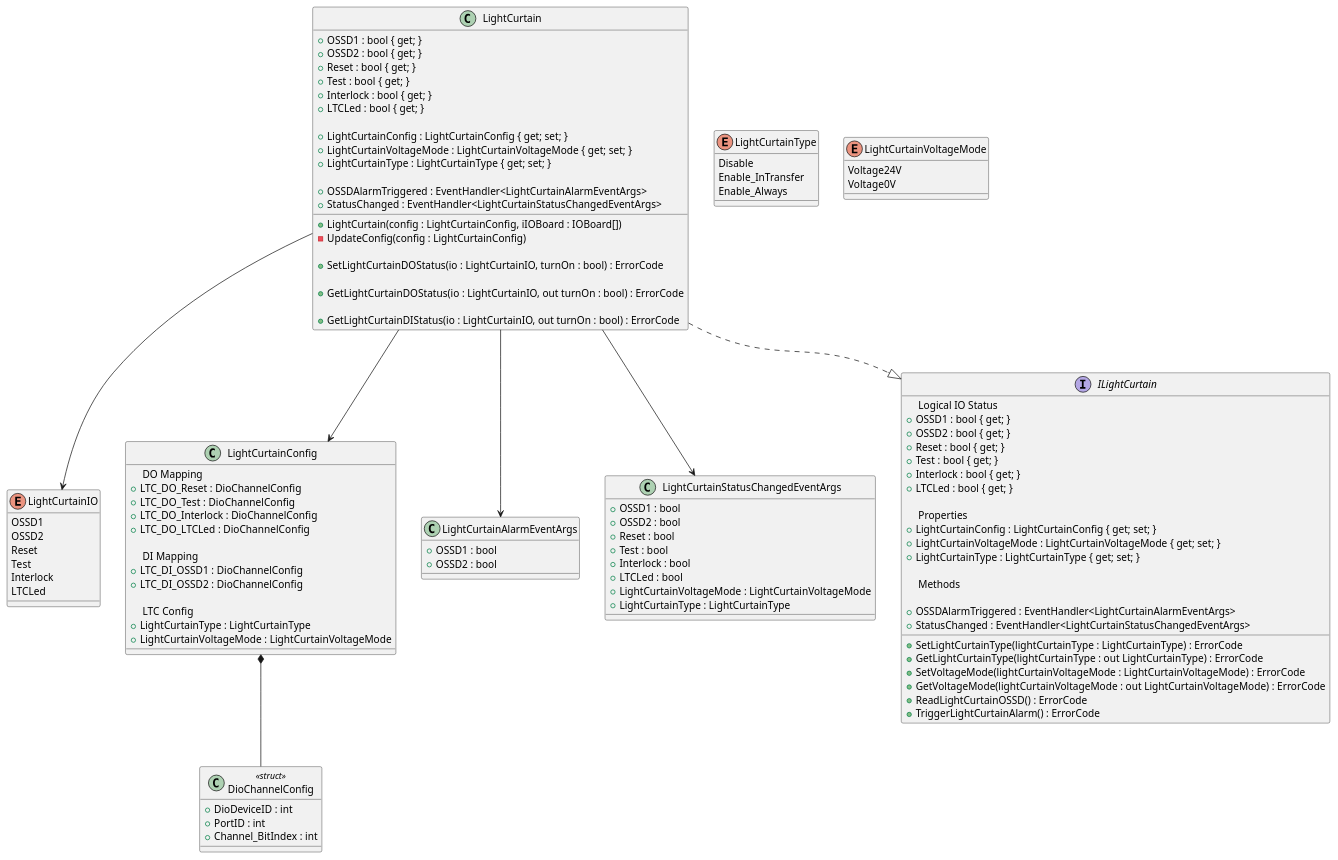
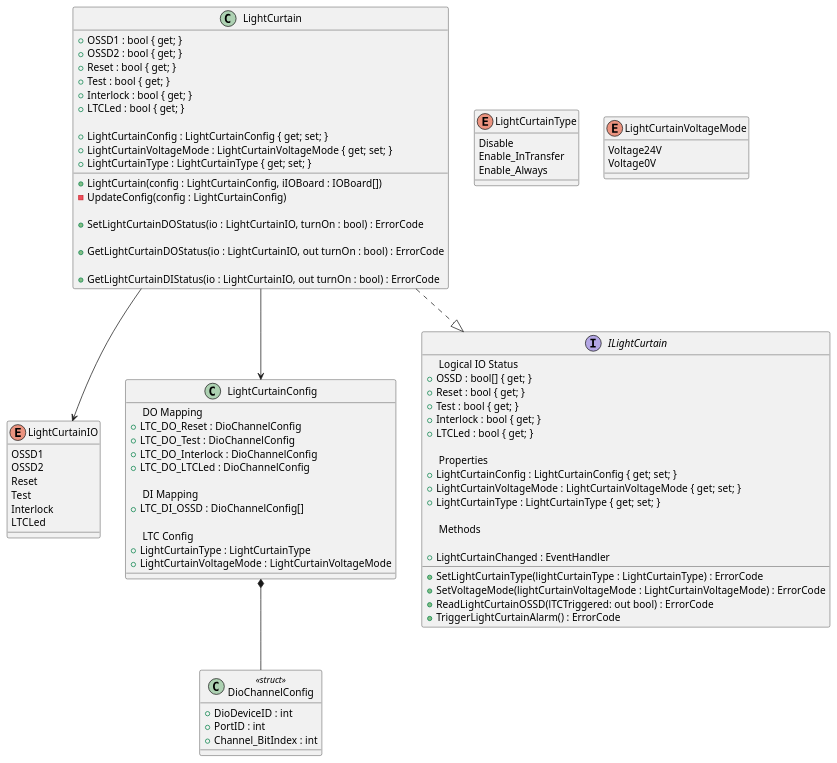
Before and after one commit to picasso7777/tdk_main3: the diagram in referenceData/LightCurtain_PlantUML.wsd, drawn with PlantUML. The commit also changed 7 other files, not shown here.

First line of the commit message:
feat(light-curtain): refactor OSSD handling to use array for digital input mappings

```diff
--- a/referenceData/LightCurtain_PlantUML.wsd
+++ b/referenceData/LightCurtain_PlantUML.wsd
@@ -1,182 +1,150 @@
 @startuml
 
 ' =========================
 ' Enum: LightCurtainIO
 ' =========================
 enum LightCurtainIO {
     OSSD1
     OSSD2
     Reset
     Test
     Interlock
     LTCLed
 }
 
 ' =========================
 ' Enum: LightCurtainType
 ' =========================
 enum LightCurtainType {
     Disable
     Enable_InTransfer
     Enable_Always
 }
 
 ' =========================
 ' Enum: LightCurtainVoltageMode
 ' =========================
 enum LightCurtainVoltageMode {
     Voltage24V
     Voltage0V
 }
 
 ' =========================
 ' Struct: DioChannelConfig
 ' =========================
 class DioChannelConfig <<struct>> {
     + DioDeviceID : int
     + PortID : int
     + Channel_BitIndex : int
 }
 
 ' =========================
 ' Class: LightCurtainConfig
 ' =========================
 class LightCurtainConfig {
 
     == DO Mapping ==
     + LTC_DO_Reset : DioChannelConfig
     + LTC_DO_Test : DioChannelConfig
     + LTC_DO_Interlock : DioChannelConfig
     + LTC_DO_LTCLed : DioChannelConfig
 
     == DI Mapping ==
-    + LTC_DI_OSSD1 : DioChannelConfig
-    + LTC_DI_OSSD2 : DioChannelConfig
+    + LTC_DI_OSSD : DioChannelConfig[]
 
     == LTC Config ==
     + LightCurtainType : LightCurtainType
     + LightCurtainVoltageMode : LightCurtainVoltageMode
-}
-
-' =========================
-' Class: LightCurtainAlarmEventArgs
-' =========================
-class LightCurtainAlarmEventArgs {
-    + OSSD1 : bool
-    + OSSD2 : bool
-}
-
-' =========================
-' Class: LightCurtainStatusChangedEventArgs
-' =========================
-class LightCurtainStatusChangedEventArgs {
-    + OSSD1 : bool
-    + OSSD2 : bool
-    + Reset : bool
-    + Test : bool
-    + Interlock : bool
-    + LTCLed : bool
-    + LightCurtainVoltageMode : LightCurtainVoltageMode
-    + LightCurtainType : LightCurtainType
 }
 
 ' =========================
 ' Interface: ILightCurtain
 ' =========================
 interface ILightCurtain{
 
     == Logical IO Status ==
-    + OSSD1 : bool { get; }
-    + OSSD2 : bool { get; }
+    + OSSD : bool[] { get; }
     + Reset : bool { get; }
     + Test : bool { get; }
     + Interlock : bool { get; }
     + LTCLed : bool { get; }
 
     == Properties ==
     + LightCurtainConfig : LightCurtainConfig { get; set; }
     + LightCurtainVoltageMode : LightCurtainVoltageMode { get; set; }
     + LightCurtainType : LightCurtainType { get; set; }
 
     == Methods ==
     + SetLightCurtainType(lightCurtainType : LightCurtainType) : ErrorCode
-    + GetLightCurtainType(lightCurtainType : out LightCurtainType) : ErrorCode
     + SetVoltageMode(lightCurtainVoltageMode : LightCurtainVoltageMode) : ErrorCode
-    + GetVoltageMode(lightCurtainVoltageMode : out LightCurtainVoltageMode) : ErrorCode
-    + ReadLightCurtainOSSD() : ErrorCode
+    + ReadLightCurtainOSSD(lTCTriggered: out bool) : ErrorCode
     + TriggerLightCurtainAlarm() : ErrorCode
 
-    + OSSDAlarmTriggered : EventHandler<LightCurtainAlarmEventArgs>
-    + StatusChanged : EventHandler<LightCurtainStatusChangedEventArgs>
+    + LightCurtainChanged : EventHandler
 }
 
 ' =========================
 ' Class: LightCurtain
 ' =========================
 class LightCurtain {
 
     + OSSD1 : bool { get; }
     + OSSD2 : bool { get; }
     + Reset : bool { get; }
     + Test : bool { get; }
     + Interlock : bool { get; }
     + LTCLed : bool { get; }
 
     + LightCurtainConfig : LightCurtainConfig { get; set; }
     + LightCurtainVoltageMode : LightCurtainVoltageMode { get; set; }
     + LightCurtainType : LightCurtainType { get; set; }
-
-    + OSSDAlarmTriggered : EventHandler<LightCurtainAlarmEventArgs>
-    + StatusChanged : EventHandler<LightCurtainStatusChangedEventArgs>
 
     + LightCurtain(config : LightCurtainConfig, iIOBoard : IOBoard[])
     - UpdateConfig(config : LightCurtainConfig)
 
 ' ========================= DO ===================
     + SetLightCurtainDOStatus(io : LightCurtainIO, turnOn : bool) : ErrorCode
 ' Runtime Usage (.NET 4.7.2)
 ' this.iDos[config.LTC_DO_Test.DioDeviceID]
 '     .SetOutputBit(
 '         config.LTC_DO_Test.PortID,
 '         config.LTC_DO_Test.Channel_BitIndex,
 '         turnOn
 '     );
 
     + GetLightCurtainDOStatus(io : LightCurtainIO, out turnOn : bool) : ErrorCode
 ' Runtime Usage
 ' this.iDos[config.LTC_DO_Test.DioDeviceID]
 '     .GetDO(
 '         config.LTC_DO_Test.PortID,
 '         config.LTC_DO_Test.Channel_BitIndex,
 '         out turnOn
 '     );
 
 ' ========================= DI ===================
     + GetLightCurtainDIStatus(io : LightCurtainIO, out turnOn : bool) : ErrorCode
 ' Runtime Usage
 ' switch(io)
 '   case LightCurtainIO.OSSD1:
 '       if(iIOBoard[config.LTC_DI_OSSD1.DioDeviceID] is IVirtualWritableInput)
 '       {
 '           iIOBoard[config.LTC_DI_OSSD1.DioDeviceID]
 '               .PushInputBit(
 '                   config.LTC_DI_OSSD1.PortID,
 '                   config.LTC_DI_OSSD1.Channel_BitIndex,
 '                   turnOn
 '               );
 '           return true;
 '       }
 '       return false;
 }
 
 ' =========================
 ' Relationships
 ' =========================
 LightCurtain ..|> ILightCurtain
 LightCurtain --> LightCurtainConfig
-LightCurtain --> LightCurtainAlarmEventArgs
-LightCurtain --> LightCurtainStatusChangedEventArgs
 LightCurtainConfig *-- DioChannelConfig
 LightCurtain --> LightCurtainIO
 
 @enduml
```
